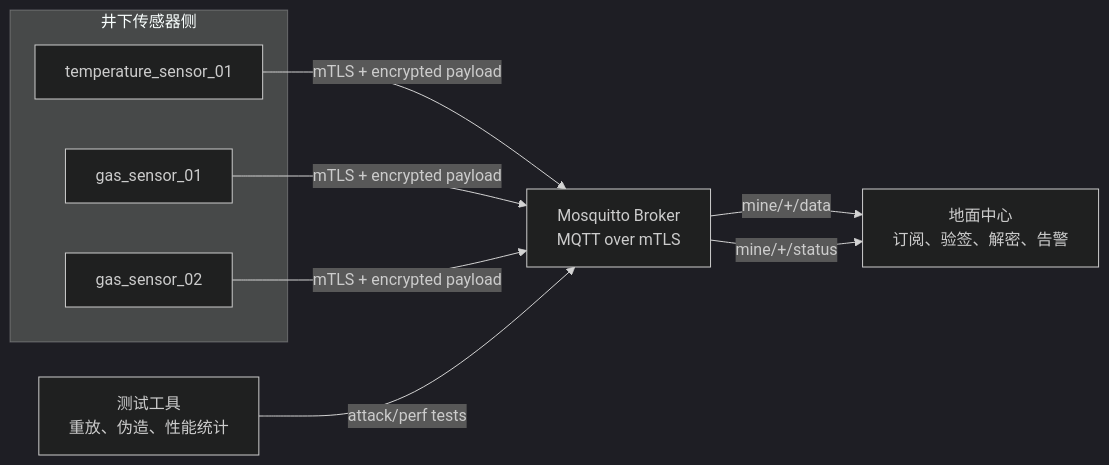
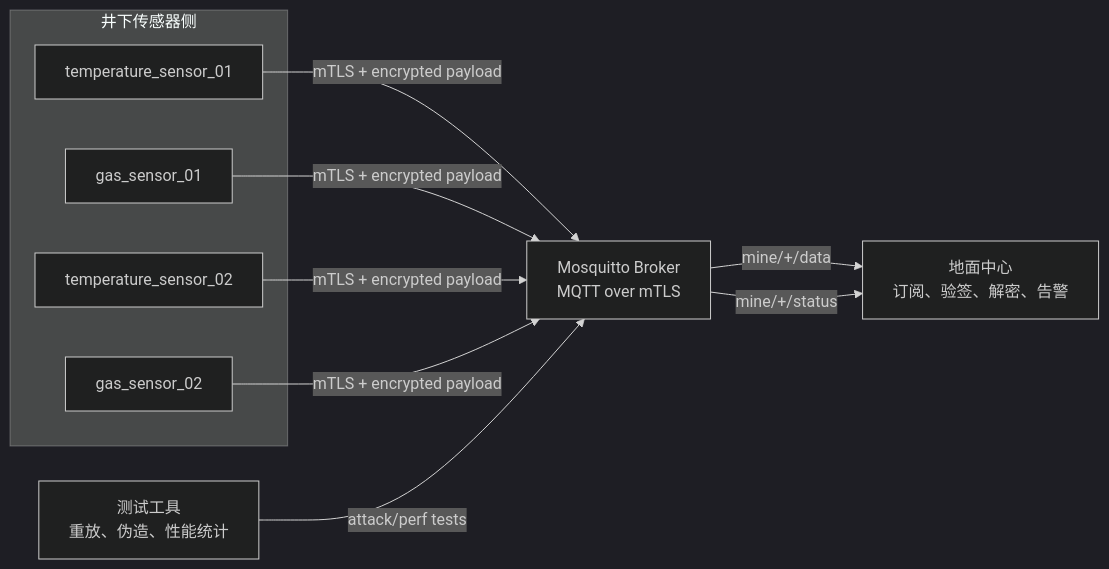
Before and after one commit to LithiumValproate/mine-sensor-secure-comm: the diagram in doc/system_design.md, drawn with Mermaid (dark theme). The commit also changed 6 other files, not shown here.

````diff
--- a/doc/system_design.md
+++ b/doc/system_design.md
@@ -40,19 +40,21 @@
 ```mermaid
 flowchart LR
     subgraph Mine["井下传感器侧"]
         S1["temperature_sensor_01"]
         S2["gas_sensor_01"]
-        S3["gas_sensor_02"]
+        S3["temperature_sensor_02"]
+        S4["gas_sensor_02"]
     end
 
     B["Mosquitto Broker\nMQTT over mTLS"]
     C["地面中心\n订阅、验签、解密、告警"]
     T["测试工具\n重放、伪造、性能统计"]
 
     S1 -->|"mTLS + encrypted payload"| B
     S2 -->|"mTLS + encrypted payload"| B
     S3 -->|"mTLS + encrypted payload"| B
+    S4 -->|"mTLS + encrypted payload"| B
     B -->|"mine/+/data"| C
     B -->|"mine/+/status"| C
     T -->|"attack/perf tests"| B
 ```
````
